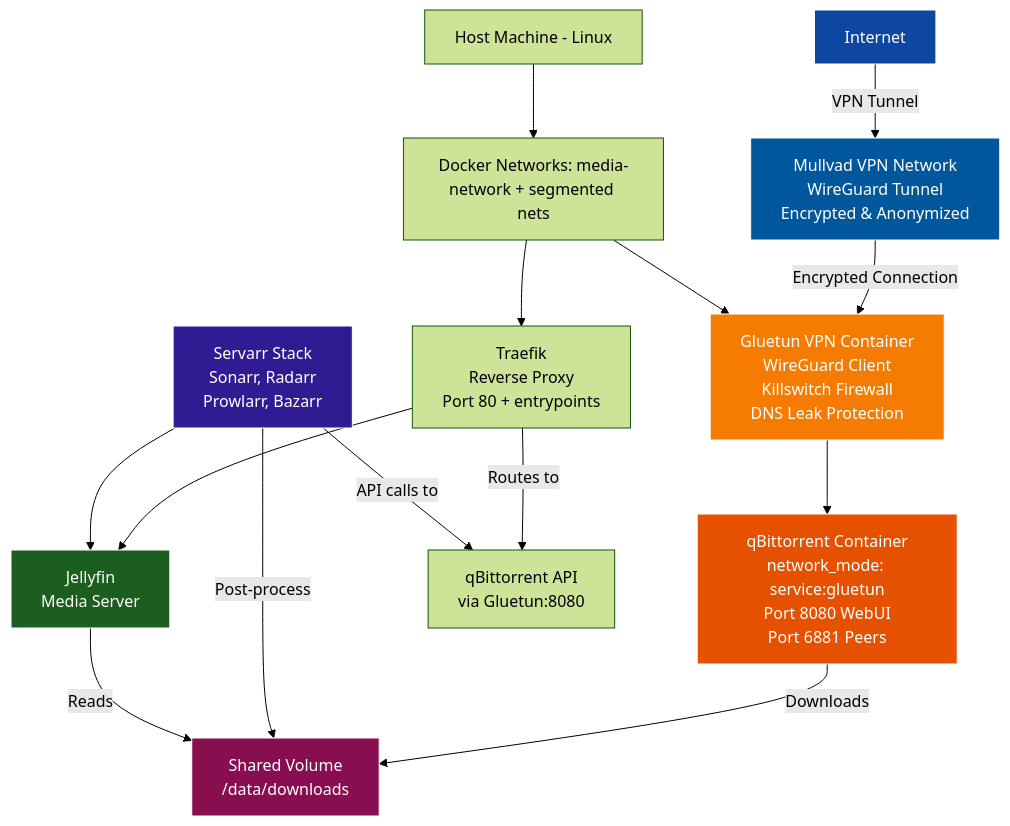
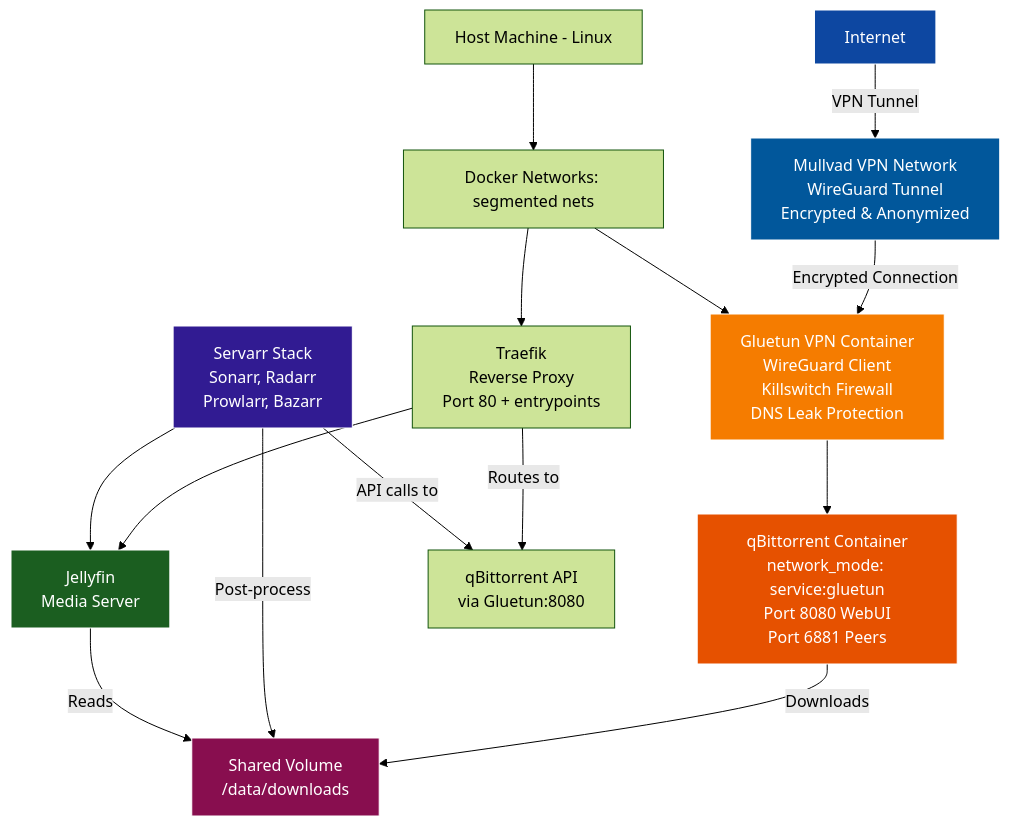
The first of 3 diagrams in docs/VPN-ARCHITECTURE.md (otterammo/otterstack-v2), drawn with Mermaid (forest theme) before and after one commit. The commit also changed other lines of this file and 20 other files, not shown here.

Commit message:
refactor(network): removed legacy media-network and simplified environment configuration

````diff
--- a/docs/VPN-ARCHITECTURE.md
+++ b/docs/VPN-ARCHITECTURE.md
@@ -26,45 +26,45 @@
 ```mermaid
 graph TD
   A["Internet"]
   B["Mullvad VPN Network<br/>WireGuard Tunnel<br/>Encrypted & Anonymized"]
   
   C["Host Machine - Linux"]
-  D["Docker Networks: media-network + segmented nets"]
+  D["Docker Networks: segmented nets"]
   
   E["Traefik<br/>Reverse Proxy<br/>Port 80 + entrypoints"]
   F["Gluetun VPN Container<br/>WireGuard Client<br/>Killswitch Firewall<br/>DNS Leak Protection"]
   G["qBittorrent Container<br/>network_mode: service:gluetun<br/>Port 8080 WebUI<br/>Port 6881 Peers"]
   
   H["Jellyfin<br/>Media Server"]
   I["Servarr Stack<br/>Sonarr, Radarr<br/>Prowlarr, Bazarr"]
   
   J["qBittorrent API<br/>via Gluetun:8080"]
   
   K["Shared Volume<br/>/data/downloads"]
   
   A -->|VPN Tunnel| B
   B -->|Encrypted Connection| F
   
   C --> D
   D --> E
   D --> F
   F --> G
   
   E -->|Routes to| J
   I -->|API calls to| J
   
   E --> H
   I --> H
   
   G -->|Downloads| K
   I -->|Post-process| K
   H -->|Reads| K
   
   style A fill:#0d47a1,stroke:#fff,color:#fff
   style B fill:#01579b,stroke:#fff,color:#fff
   style F fill:#f57c00,stroke:#fff,color:#fff
   style G fill:#e65100,stroke:#fff,color:#fff
   style H fill:#1b5e20,stroke:#fff,color:#fff
   style I fill:#311b92,stroke:#fff,color:#fff
   style K fill:#880e4f,stroke:#fff,color:#fff
 ```
````
